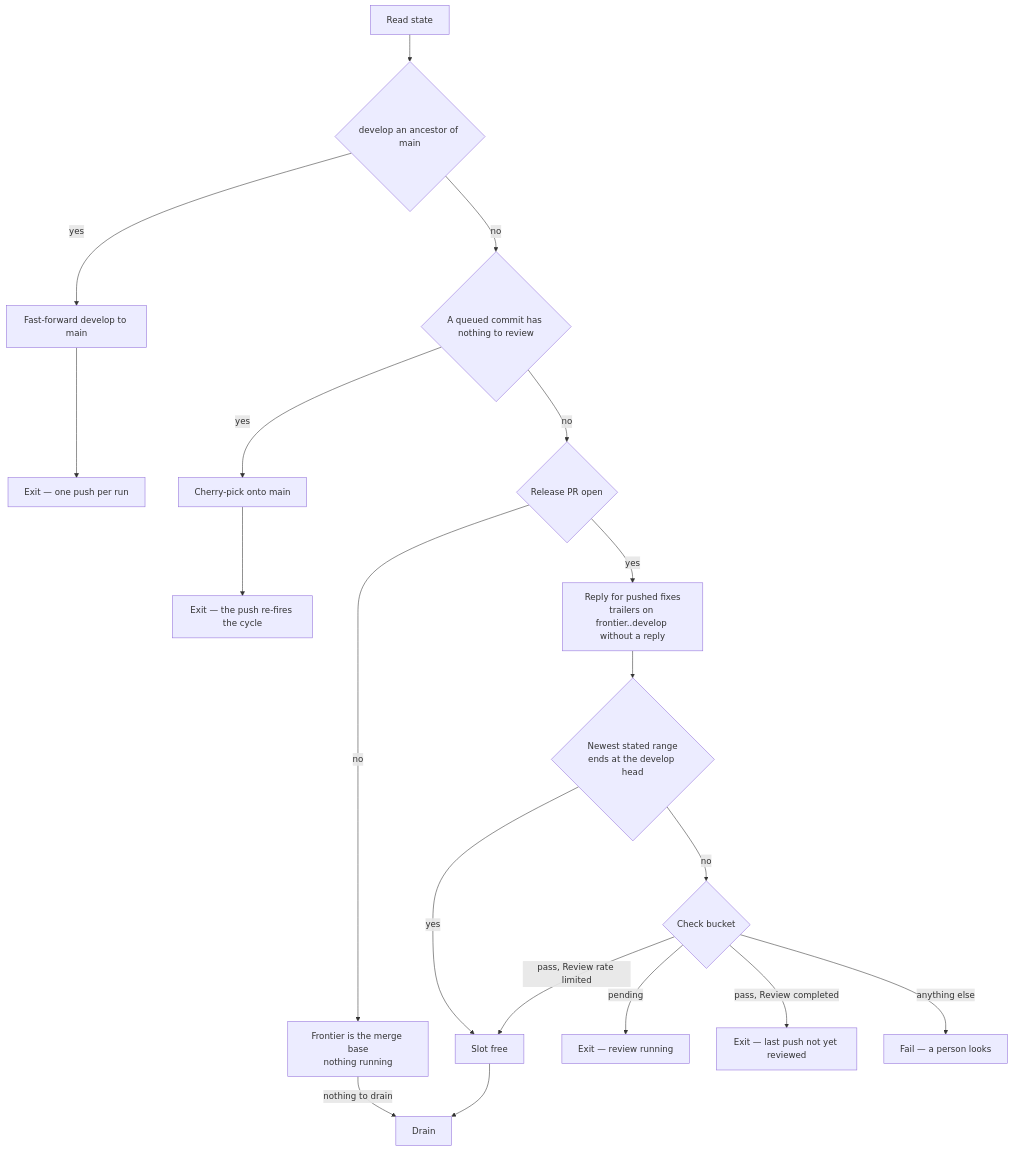
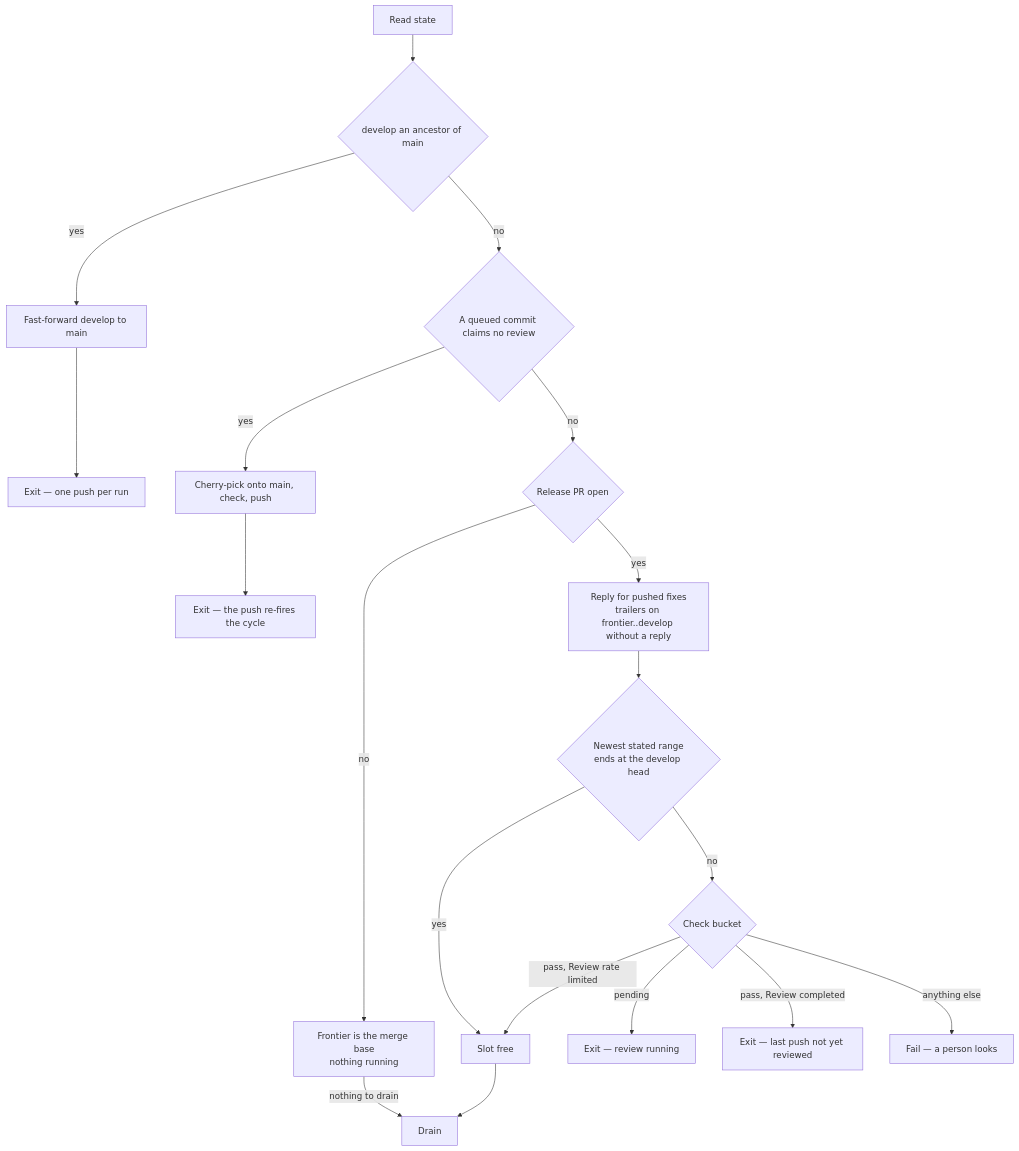
Before and after one commit to Esposter/Esposter: the first of 4 diagrams in apps/web/content/docs/infra/review-collector/collection-cycle.md, drawn with Mermaid. The commit also changed other lines of this file and 68 other files, not shown here.

````diff
--- a/apps/web/content/docs/infra/review-collector/collection-cycle.md
+++ b/apps/web/content/docs/infra/review-collector/collection-cycle.md
@@ -37,18 +39,18 @@
 ```mermaid
 flowchart TD
   S[Read state] --> RS{develop an ancestor of main}
   RS -->|yes| FF[Fast-forward develop to main] --> X5[Exit — one push per run]
-  RS -->|no| EL{A queued commit has nothing to review}
-  EL -->|yes| CP[Cherry-pick onto main] --> X3[Exit — the push re-fires the cycle]
+  RS -->|no| EL{A queued commit claims no review}
+  EL -->|yes| CP[Cherry-pick onto main, check, push] --> X3[Exit — the push re-fires the cycle]
   EL -->|no| PR{Release PR open}
   PR -->|no| MB[Frontier is the merge base<br/>nothing running] -->|nothing to drain| D
   PR -->|yes| RP[Reply for pushed fixes<br/>trailers on frontier..develop without a reply]
   RP --> B{Newest stated range<br/>ends at the develop head}
   B -->|yes| OK[Slot free]
   B -->|no| ST{Check bucket}
   ST -->|pending| X1[Exit — review running]
   ST -->|pass, Review completed| X2[Exit — last push not yet reviewed]
   ST -->|pass, Review rate limited| OK
   ST -->|anything else| X4[Fail — a person looks]
   OK --> D[Drain]
 ```
````
